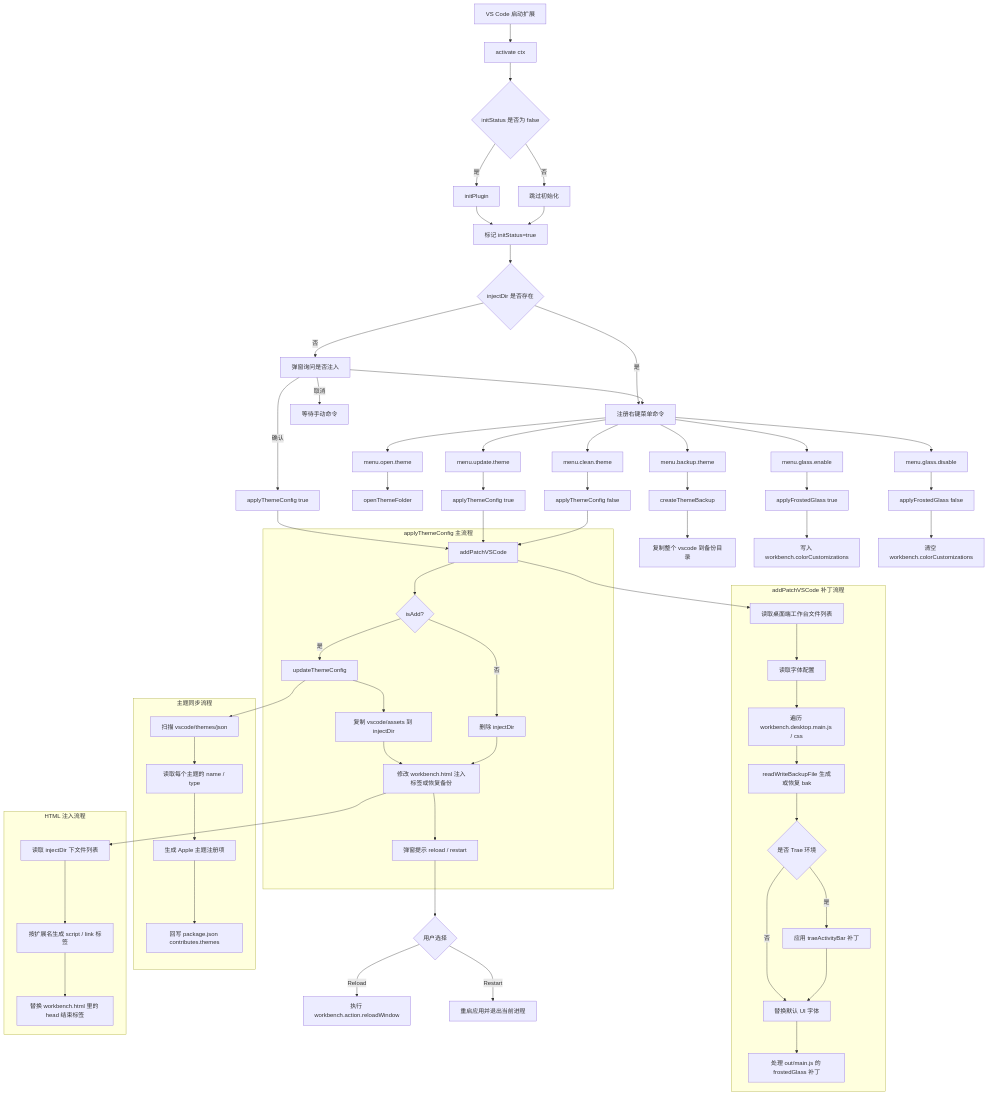
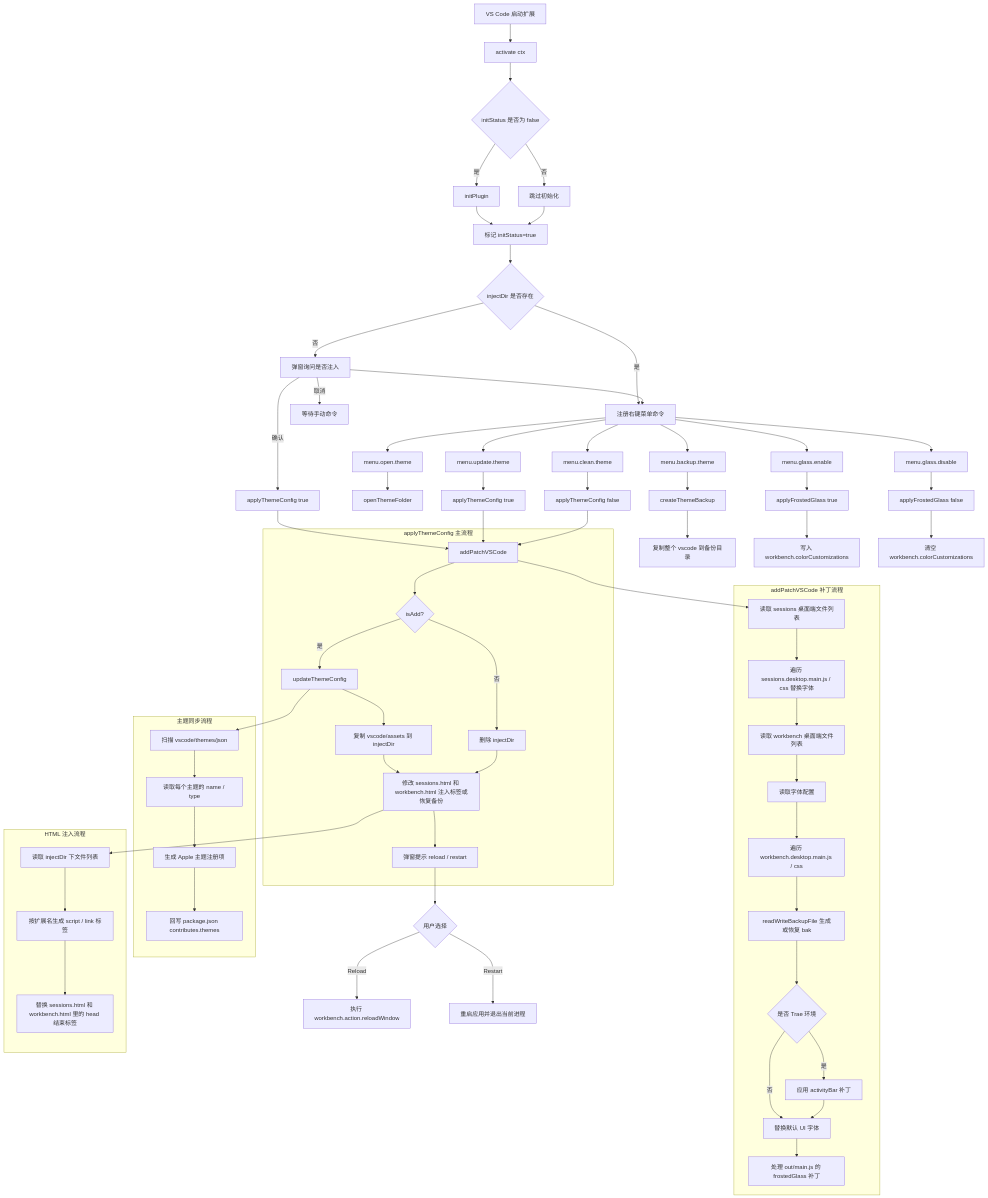
One commit to wangmings/macintosh-ui changed the diagram in FLOW.md. Above: the diagram before and after it, drawn with Mermaid. The commit also changed other lines of this file and 18 other files, not shown here.

```diff
--- a/FLOW.md
+++ b/FLOW.md
@@ -41,7 +41,7 @@
         Q3[updateThemeConfig]
         Q4[复制 vscode/assets 到 injectDir]
         Q5[删除 injectDir]
-        Q6[修改 workbench.html 注入标签或恢复备份]
+        Q6[修改 sessions.html 和 workbench.html 注入标签或恢复备份]
         Q7[弹窗提示 reload / restart]
     end
 
@@ -57,14 +57,16 @@
     Q6 --> Q7
 
     subgraph R[addPatchVSCode 补丁流程]
-        R1[读取桌面端工作台文件列表]
-        R2[读取字体配置]
-        R3[遍历 workbench.desktop.main.js / css]
-        R4[readWriteBackupFile 生成或恢复 bak]
-        R5{是否 Trae 环境}
-        R6[应用 traeActivityBar 补丁]
-        R7[替换默认 UI 字体]
-        R8[处理 out/main.js 的 frostedGlass 补丁]
+        R1[读取 sessions 桌面端文件列表]
+        R2[遍历 sessions.desktop.main.js / css 替换字体]
+        R3[读取 workbench 桌面端文件列表]
+        R4[读取字体配置]
+        R5[遍历 workbench.desktop.main.js / css]
+        R6[readWriteBackupFile 生成或恢复 bak]
+        R7{是否 Trae 环境}
+        R8[应用 activityBar 补丁]
+        R9[替换默认 UI 字体]
+        R10[处理 out/main.js 的 frostedGlass 补丁]
     end
 
     Q1 --> R1
@@ -72,10 +74,12 @@
     R2 --> R3
     R3 --> R4
     R4 --> R5
-    R5 -- 是 --> R6
-    R5 -- 否 --> R7
+    R5 --> R6
     R6 --> R7
-    R7 --> R8
+    R7 -- 是 --> R8
+    R7 -- 否 --> R9
+    R8 --> R9
+    R9 --> R10
 
     subgraph S[主题同步流程]
         S1[扫描 vscode/themes/json]
@@ -92,7 +96,7 @@
     subgraph T[HTML 注入流程]
         T1[读取 injectDir 下文件列表]
         T2[按扩展名生成 script / link 标签]
-        T3[替换 workbench.html 里的 head 结束标签]
+        T3[替换 sessions.html 和 workbench.html 里的 head 结束标签]
     end
 
     Q6 --> T1
```
